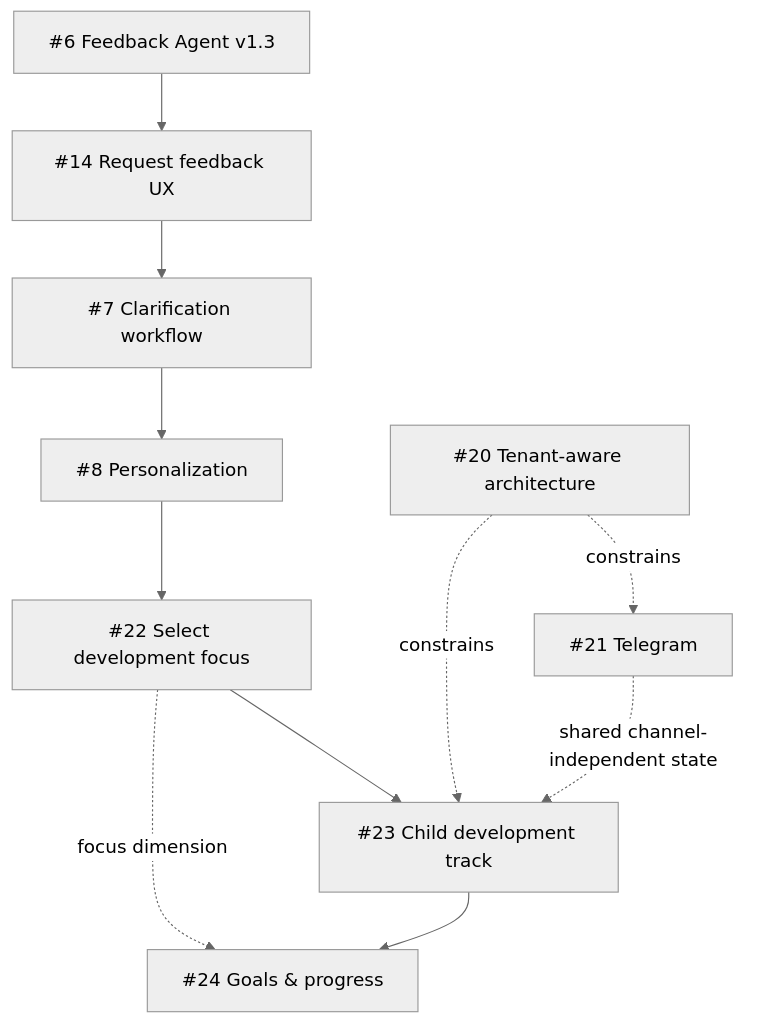
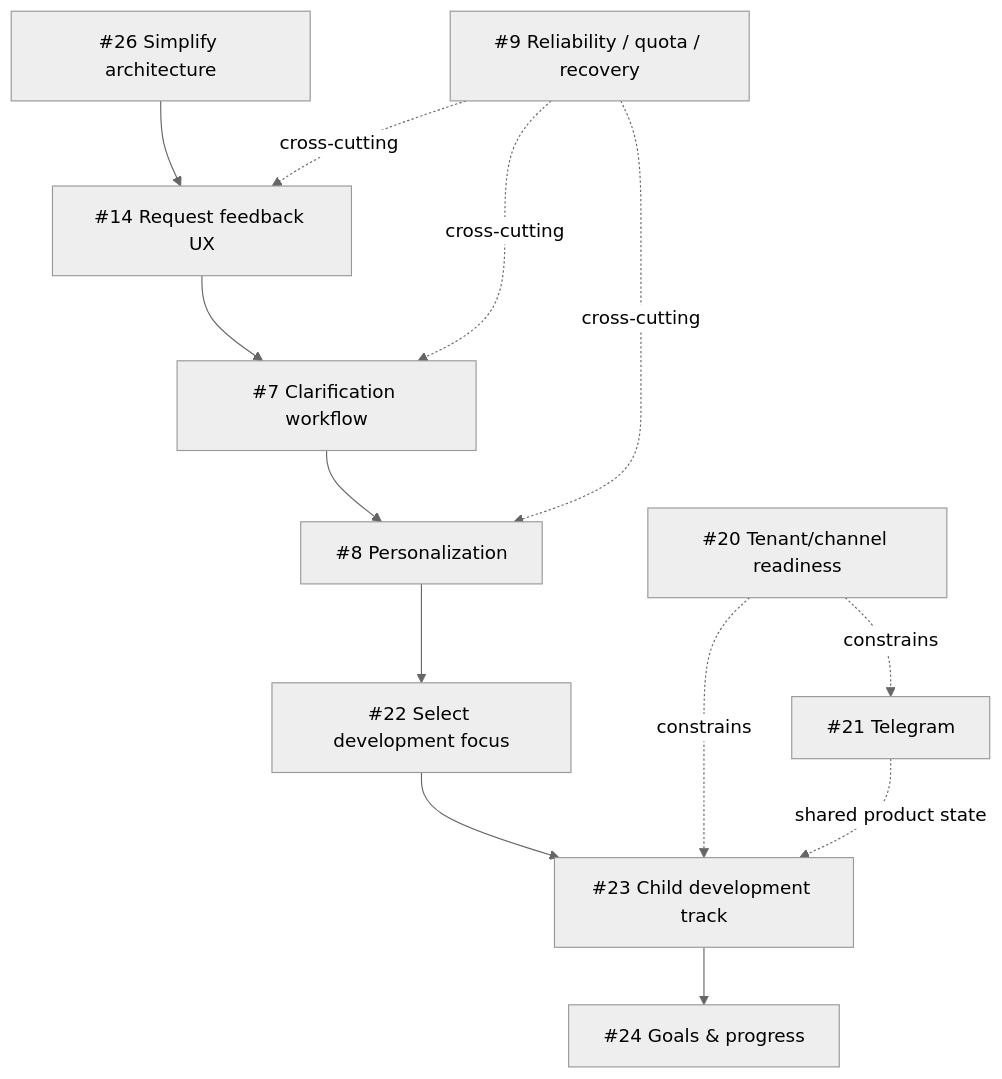
Before and after one commit to LukshinVI/game-of-the-day: the diagram in docs/product-roadmap.md, drawn with Mermaid (neutral theme). The commit also changed other lines of this file, not shown here.

Commit message:
docs: refresh product roadmap after feedback v2

````diff
--- a/docs/product-roadmap.md
+++ b/docs/product-roadmap.md
@@ -156,15 +158,18 @@
 ```mermaid
 flowchart TD
-    F6[#6 Feedback Agent v1.3] --> F14[#14 Request feedback UX]
+    A26[#26 Simplify architecture] --> F14[#14 Request feedback UX]
     F14 --> F7[#7 Clarification workflow]
     F7 --> F8[#8 Personalization]
 
     F8 --> F22[#22 Select development focus]
     F22 --> F23[#23 Child development track]
     F23 --> F24[#24 Goals & progress]
 
-    F20[#20 Tenant-aware architecture] -. constrains .-> F21[#21 Telegram]
+    R9[#9 Reliability / quota / recovery] -. cross-cutting .-> F14
+    R9 -. cross-cutting .-> F7
+    R9 -. cross-cutting .-> F8
+
+    F20[#20 Tenant/channel readiness] -. constrains .-> F21[#21 Telegram]
     F20 -. constrains .-> F23
-    F21 -. shared channel-independent state .-> F23
-    F22 -. focus dimension .-> F24
+    F21 -. shared product state .-> F23
 ```
````
